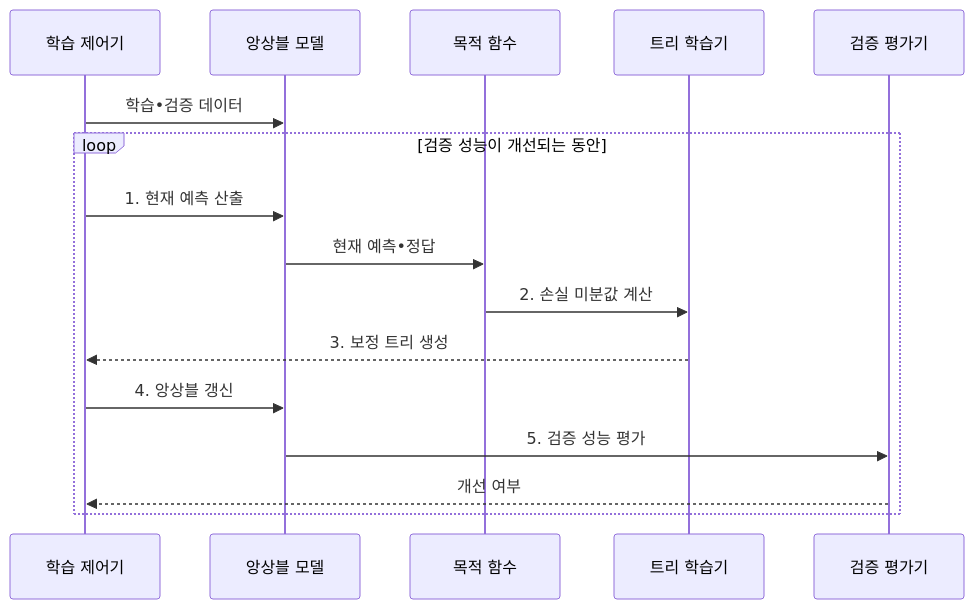
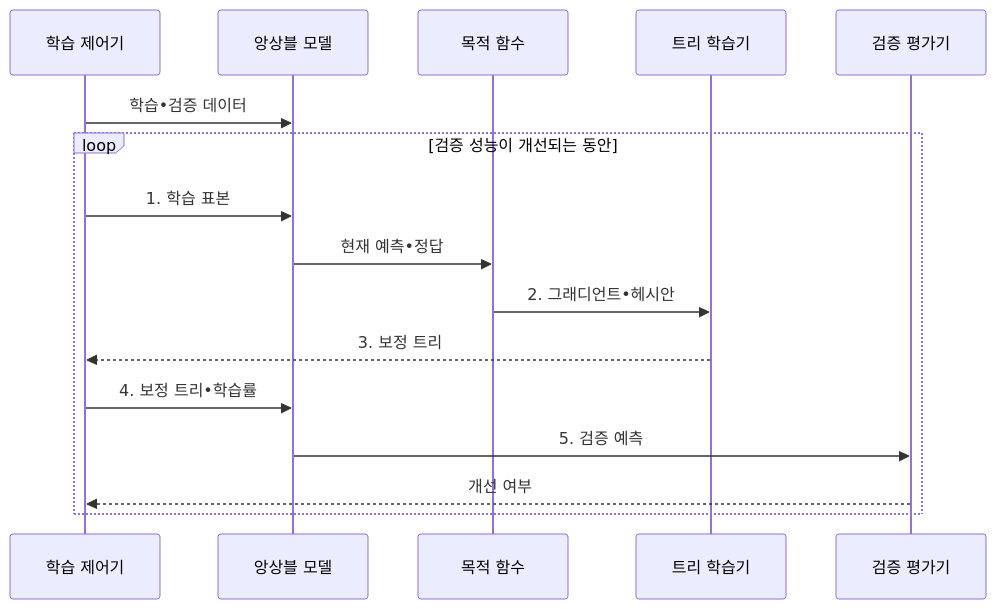
One commit to agnusdei1207/knowledge-base changed the second of 2 diagrams in src/content/docs/notes/01-basic-theory/053_xgboost_lightgbm.md. Above: the diagram before and after it, drawn with Mermaid. The commit also changed other lines of this file and 17 other files, not shown here.

````diff
--- a/src/content/docs/notes/01-basic-theory/053_xgboost_lightgbm.md
+++ b/src/content/docs/notes/01-basic-theory/053_xgboost_lightgbm.md
@@ -81,18 +84,18 @@
 ```mermaid
 sequenceDiagram
     participant C as 학습 제어기
     participant M as 앙상블 모델
     participant O as 목적 함수
     participant T as 트리 학습기
     participant V as 검증 평가기
     C->>M: 학습•검증 데이터
     loop 검증 성능이 개선되는 동안
-        C->>M: 1. 현재 예측 산출
+        C->>M: 1. 학습 표본
         M->>O: 현재 예측•정답
-        O->>T: 2. 손실 미분값 계산
-        T-->>C: 3. 보정 트리 생성
-        C->>M: 4. 앙상블 갱신
-        M->>V: 5. 검증 성능 평가
+        O->>T: 2. 그래디언트•헤시안
+        T-->>C: 3. 보정 트리
+        C->>M: 4. 보정 트리•학습률
+        M->>V: 5. 검증 예측
         V-->>C: 개선 여부
     end
 ```
````
